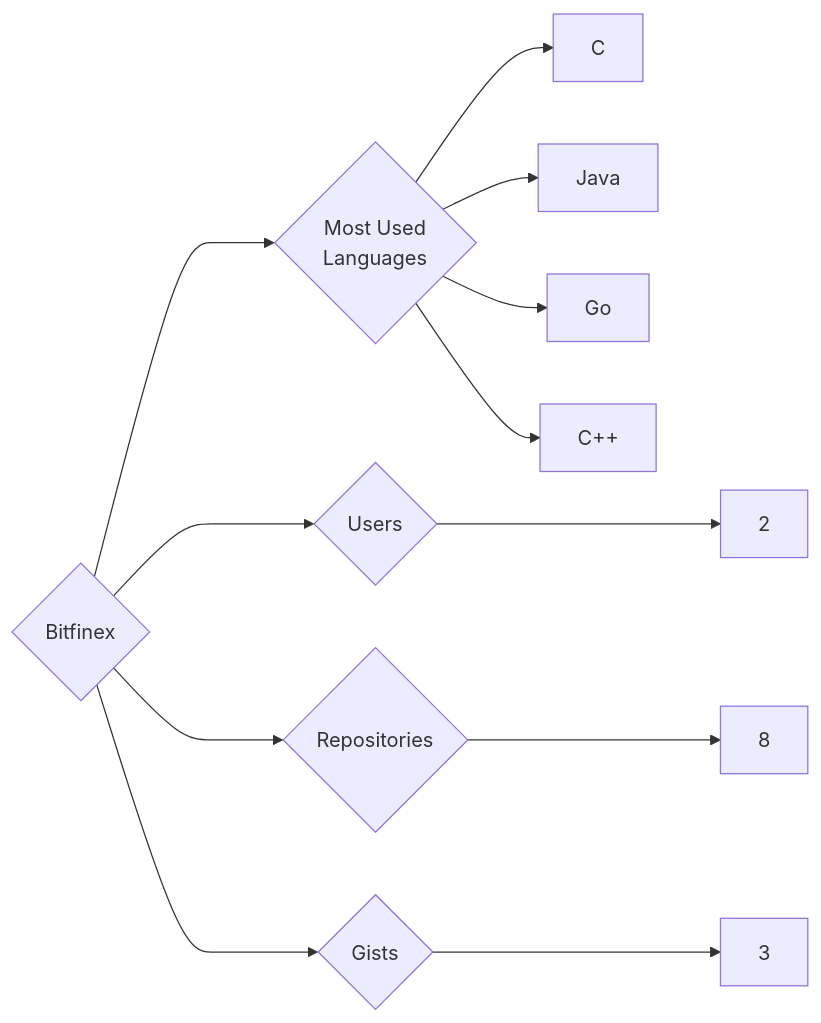
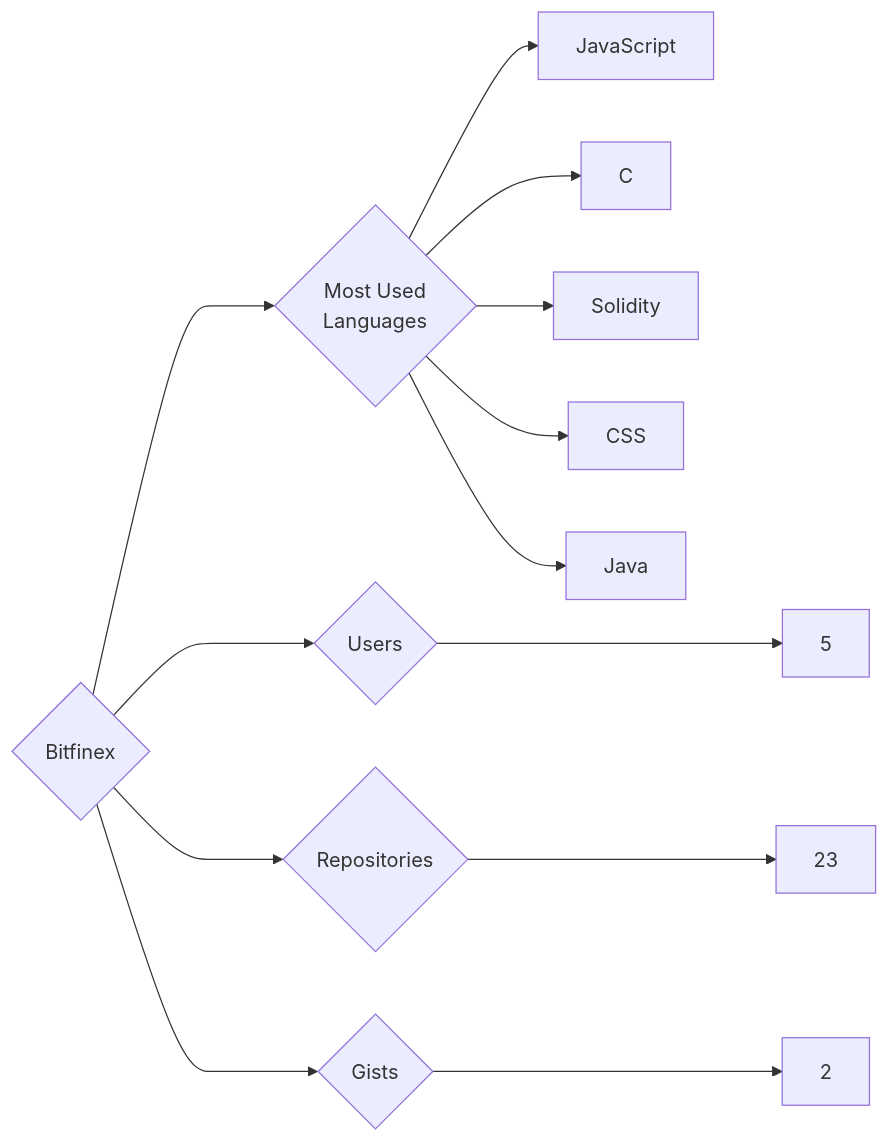
Before and after one commit to trickest/insiders: the diagram in targets/Bitfinex/README.md, drawn with Mermaid. The commit also changed 1238 other files, not shown here.

````diff
--- a/targets/Bitfinex/README.md
+++ b/targets/Bitfinex/README.md
@@ -3,12 +3,13 @@
 ```mermaid
 graph LR
 COMPANY_NAME{Bitfinex}
-COMPANY_NAME ---> U{Users} ---> UN[2]
-COMPANY_NAME ---> R{Repositories} ---> RN[8]
-COMPANY_NAME ---> G{Gists} ---> GN[3]
+COMPANY_NAME ---> U{Users} ---> UN[5]
+COMPANY_NAME ---> R{Repositories} ---> RN[23]
+COMPANY_NAME ---> G{Gists} ---> GN[2]
 COMPANY_NAME ---> ML{Most Used<br>Languages}
+ML --> JavaScript[JavaScript]
 ML --> C[C]
+ML --> Solidity[Solidity]
+ML --> CSS[CSS]
 ML --> Java[Java]
-ML --> Go[Go]
-ML --> C++[C++]
 ```
````
